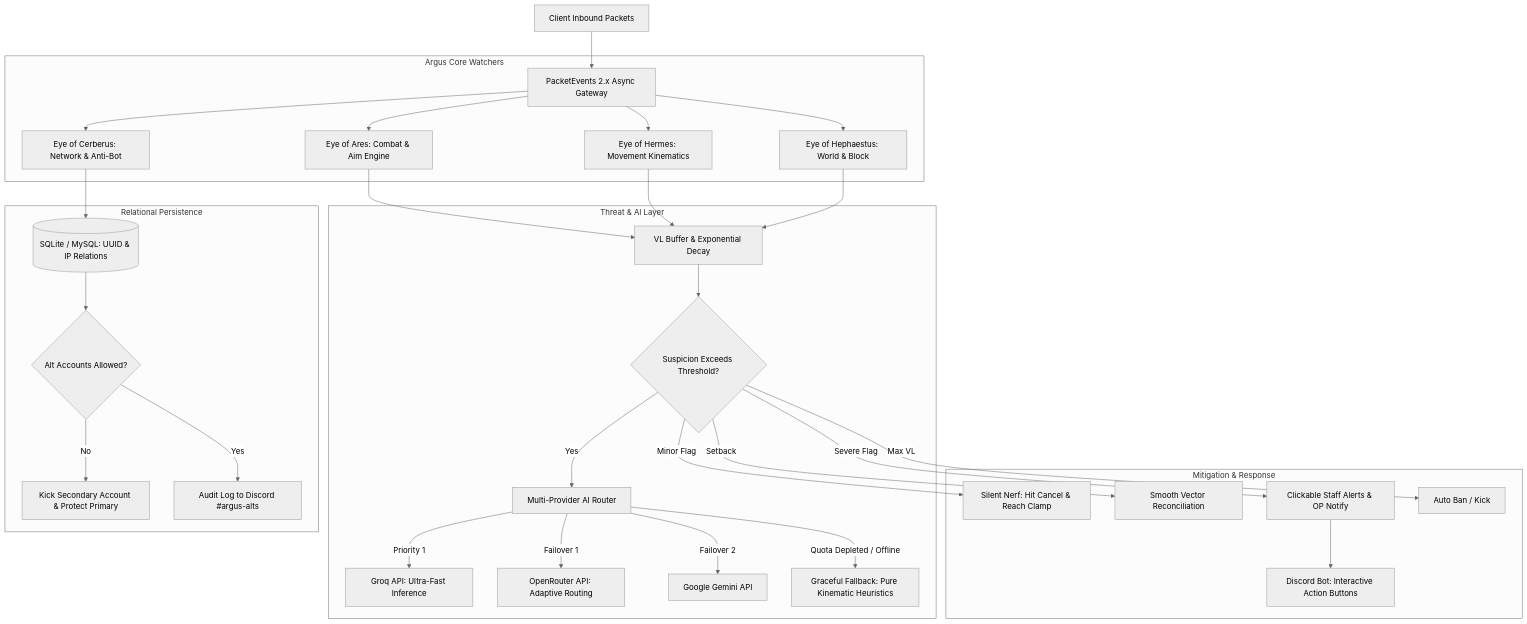
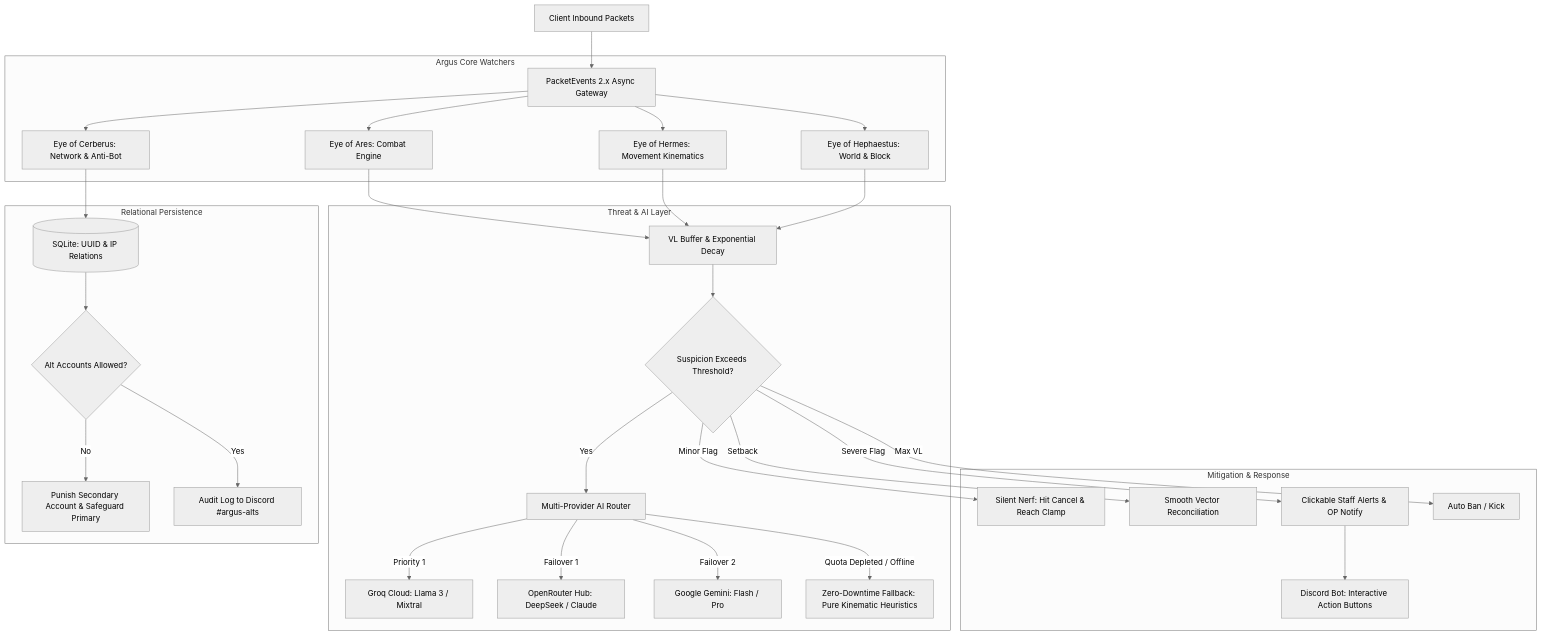
One commit to ShaikhZaid404/ArgusAC changed the diagram in README.md. Above: the diagram before and after it, drawn with Mermaid (neutral theme). The commit also changed other lines of this file, not shown here.

````diff
--- a/README.md
+++ b/README.md
@@ -32,36 +36,36 @@
 ```mermaid
 flowchart TD
     Packets[Client Inbound Packets] --> PacketGate[PacketEvents 2.x Async Gateway]
 
     subgraph Watchers [Argus Core Watchers]
-        PacketGate --> Ares[Eye of Ares: Combat & Aim Engine]
+        PacketGate --> Ares[Eye of Ares: Combat Engine]
         PacketGate --> Hermes[Eye of Hermes: Movement Kinematics]
         PacketGate --> Hephaestus[Eye of Hephaestus: World & Block]
         PacketGate --> Cerberus[Eye of Cerberus: Network & Anti-Bot]
     end
 
     subgraph Intelligence [Threat & AI Layer]
         Ares & Hermes & Hephaestus --> Buffer[VL Buffer & Exponential Decay]
         Buffer --> SuspicionCheck{Suspicion Exceeds Threshold?}
         SuspicionCheck -->|Yes| AIRouter[Multi-Provider AI Router]
-        AIRouter -->|Priority 1| Groq[Groq API: Ultra-Fast Inference]
-        AIRouter -->|Failover 1| OpenRouter[OpenRouter API: Adaptive Routing]
-        AIRouter -->|Failover 2| Gemini[Google Gemini API]
-        AIRouter -->|Quota Depleted / Offline| PureMath[Graceful Fallback: Pure Kinematic Heuristics]
+        AIRouter -->|Priority 1| Groq[Groq Cloud: Llama 3 / Mixtral]
+        AIRouter -->|Failover 1| OpenRouter[OpenRouter Hub: DeepSeek / Claude]
+        AIRouter -->|Failover 2| Gemini[Google Gemini: Flash / Pro]
+        AIRouter -->|Quota Depleted / Offline| PureMath[Zero-Downtime Fallback: Pure Kinematic Heuristics]
     end
 
     subgraph Actions [Mitigation & Response]
         SuspicionCheck -->|Minor Flag| SilentMitigation[Silent Nerf: Hit Cancel & Reach Clamp]
         SuspicionCheck -->|Setback| SmoothReconcile[Smooth Vector Reconciliation]
         SuspicionCheck -->|Severe Flag| InGameAlerts[Clickable Staff Alerts & OP Notify]
         InGameAlerts --> DiscordBot[Discord Bot: Interactive Action Buttons]
         SuspicionCheck -->|Max VL| PunishEngine[Auto Ban / Kick]
     end
 
     subgraph StorageLayer [Relational Persistence]
-        Cerberus --> IPTable[(SQLite / MySQL: UUID & IP Relations)]
+        Cerberus --> IPTable[(SQLite: UUID & IP Relations)]
         IPTable --> AltPolicy{Alt Accounts Allowed?}
-        AltPolicy -->|No| KickAlt[Kick Secondary Account & Protect Primary]
+        AltPolicy -->|No| KickAlt[Punish Secondary Account & Safeguard Primary]
         AltPolicy -->|Yes| LogAlt[Audit Log to Discord #argus-alts]
     end
 ```
````
